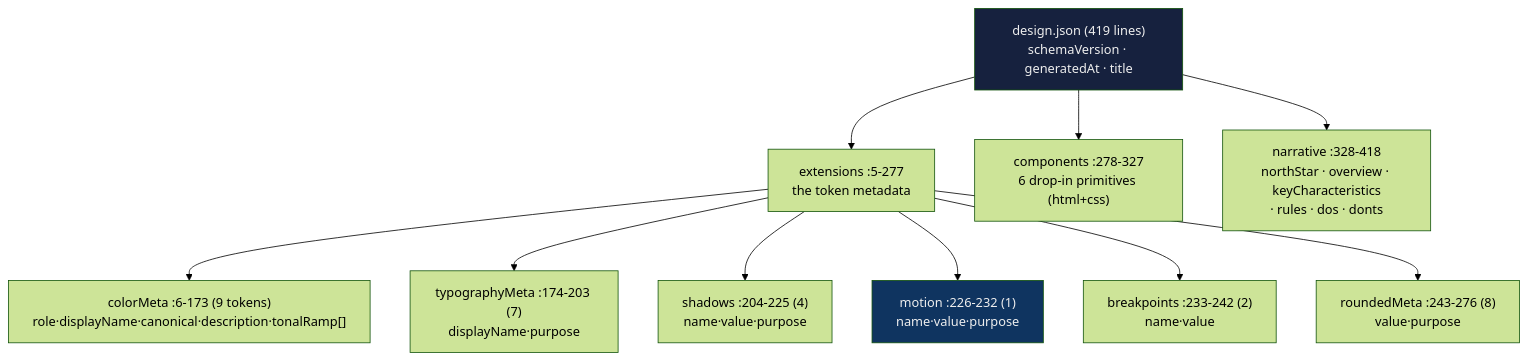
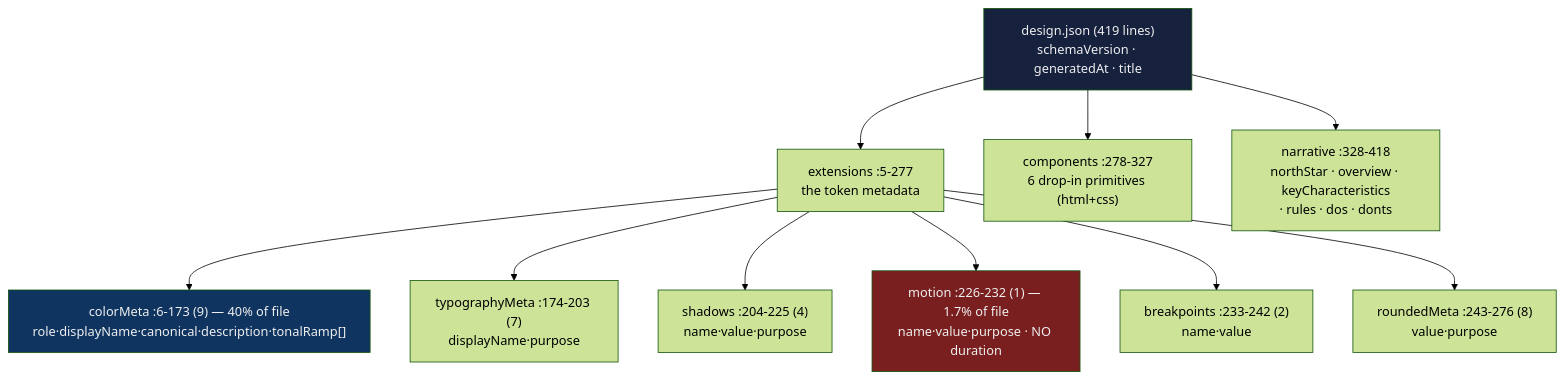
The first of 2 diagrams in audit/impeccable/reports/06-design-memory/06a-the-persisted-artifact.md (martinmoradi/yoinkit), drawn with Mermaid (forest theme) before and after one commit. The commit also changed other lines of this file, not shown here.

````diff
--- a/audit/impeccable/reports/06-design-memory/06a-the-persisted-artifact.md
+++ b/audit/impeccable/reports/06-design-memory/06a-the-persisted-artifact.md
@@ -116,15 +211,16 @@
 ```mermaid
 flowchart TB
   ROOT["design.json (419 lines)\nschemaVersion · generatedAt · title"]
   ROOT --> EXT["extensions :5-277\nthe token metadata"]
   ROOT --> CMP["components :278-327\n6 drop-in primitives (html+css)"]
   ROOT --> NAR["narrative :328-418\nnorthStar · overview · keyCharacteristics\n· rules · dos · donts"]
-  EXT --> CM["colorMeta :6-173 (9 tokens)\nrole·displayName·canonical·description·tonalRamp[]"]
+  EXT --> CM["colorMeta :6-173 (9) — 40% of file\nrole·displayName·canonical·description·tonalRamp[]"]
   EXT --> TM["typographyMeta :174-203 (7)\ndisplayName·purpose"]
   EXT --> SH["shadows :204-225 (4)\nname·value·purpose"]
-  EXT --> MO["motion :226-232 (1)\nname·value·purpose"]
+  EXT --> MO["motion :226-232 (1) — 1.7% of file\nname·value·purpose · NO duration"]
   EXT --> BP["breakpoints :233-242 (2)\nname·value"]
   EXT --> RM["roundedMeta :243-276 (8)\nvalue·purpose"]
-  style MO fill:#0f3460,color:#eee
+  style MO fill:#7a1f1f,color:#eee
+  style CM fill:#0f3460,color:#eee
   style ROOT fill:#16213e,color:#eee
 ```
````
